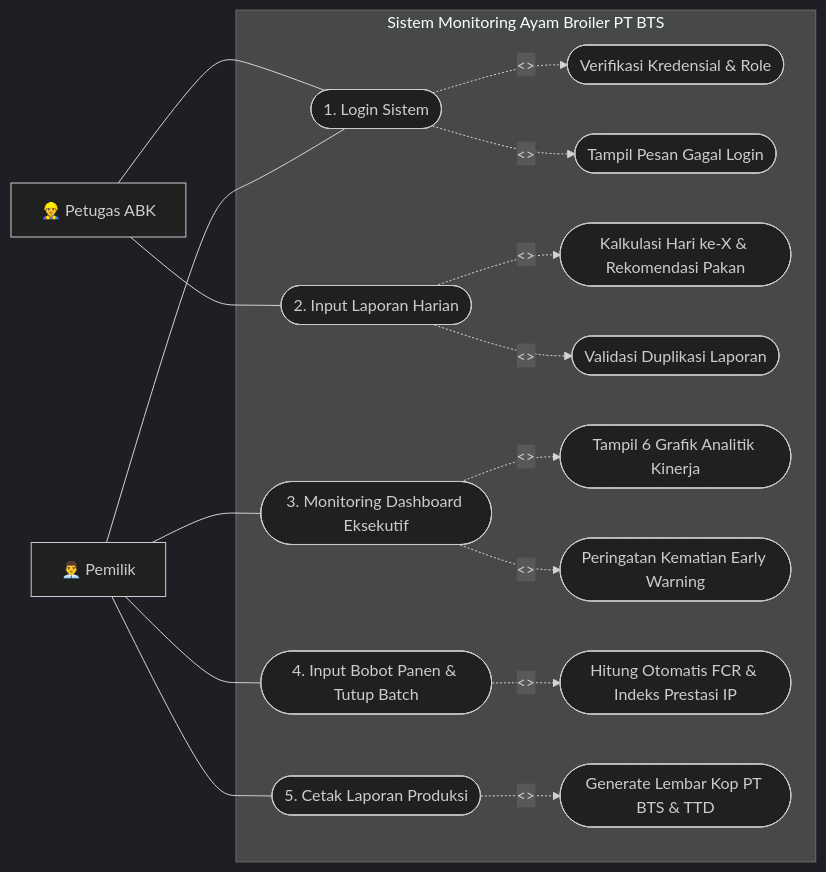
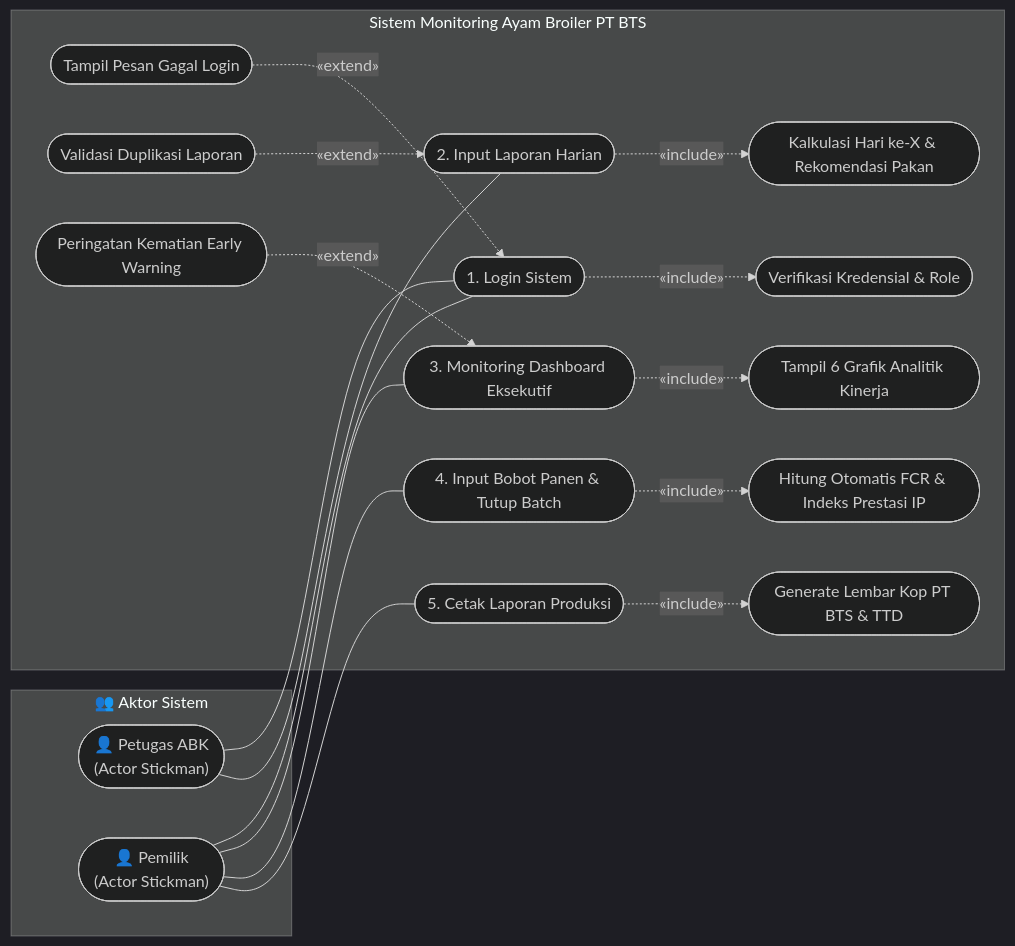
Before and after one commit to anagwer/monitoring_boiler: the second of 12 diagrams in PANDUAN_ALUR_UML_SISTEM.md, drawn with Mermaid (dark theme). The commit also changed other lines of this file and 7 other files, not shown here.

````diff
--- a/PANDUAN_ALUR_UML_SISTEM.md
+++ b/PANDUAN_ALUR_UML_SISTEM.md
@@ -42,51 +126,52 @@
 ```mermaid
 flowchart LR
-    ABK["👷‍♂️ Petugas ABK"]
-    PEMILIK["👨‍💼 Pemilik"]
+    %% Aktor Sistem
+    subgraph AKTOR["👥 Aktor Sistem"]
+        ABK(["👤 Petugas ABK<br/>(Actor Stickman)"])
+        PEMILIK(["👤 Pemilik<br/>(Actor Stickman)"])
+    end
 
-    subgraph "Sistem Monitoring Ayam Broiler PT BTS"
+    subgraph SISTEM["Sistem Monitoring Ayam Broiler PT BTS"]
         %% 5 Bundaran / Oval Utama
         UC1(["1. Login Sistem"])
         UC2(["2. Input Laporan Harian"])
         UC3(["3. Monitoring Dashboard Eksekutif"])
         UC4(["4. Input Bobot Panen & Tutup Batch"])
         UC5(["5. Cetak Laporan Produksi"])
 
         %% Oval Cabang Menjorok
         UC1_INC(["Verifikasi Kredensial & Role"])
         UC1_EXT(["Tampil Pesan Gagal Login"])
 
         UC2_INC(["Kalkulasi Hari ke-X & Rekomendasi Pakan"])
         UC2_EXT(["Validasi Duplikasi Laporan"])
 
         UC3_INC(["Tampil 6 Grafik Analitik Kinerja"])
         UC3_EXT(["Peringatan Kematian Early Warning"])
 
         UC4_INC(["Hitung Otomatis FCR & Indeks Prestasi IP"])
 
         UC5_INC(["Generate Lembar Kop PT BTS & TTD"])
     end
 
     %% Garis Solid Aktor ke 5 Bundaran Utama
     ABK --- UC1
     ABK --- UC2
 
     PEMILIK --- UC1
     PEMILIK --- UC3
     PEMILIK --- UC4
     PEMILIK --- UC5
 
-    %% Garis Putus-putus Menjorok (Include & Extend)
-    UC1 -.->|<<include>>| UC1_INC
-    UC1 -.->|<<extend>>| UC1_EXT
+    %% Relasi <<include>> (Dari Utama ke Cabang)
+    UC1 -.->|«include»| UC1_INC
+    UC2 -.->|«include»| UC2_INC
+    UC3 -.->|«include»| UC3_INC
+    UC4 -.->|«include»| UC4_INC
+    UC5 -.->|«include»| UC5_INC
 
-    UC2 -.->|<<include>>| UC2_INC
-    UC2 -.->|<<extend>>| UC2_EXT
-
-    UC3 -.->|<<include>>| UC3_INC
-    UC3 -.->|<<extend>>| UC3_EXT
-
-    UC4 -.->|<<include>>| UC4_INC
-
-    UC5 -.->|<<include>>| UC5_INC
+    %% Relasi <<extend>> (Dari Cabang Kondisional kembali ke Utama)
+    UC1_EXT -.->|«extend»| UC1
+    UC2_EXT -.->|«extend»| UC2
+    UC3_EXT -.->|«extend»| UC3
 ```
````
